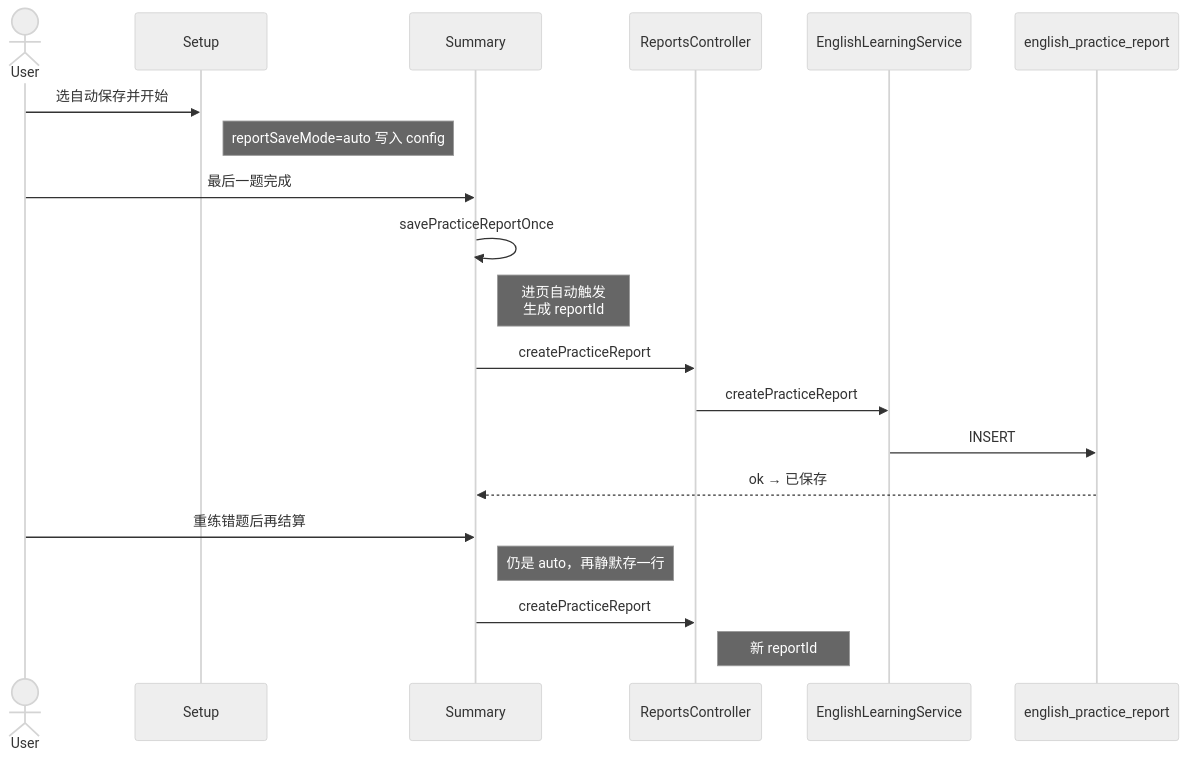
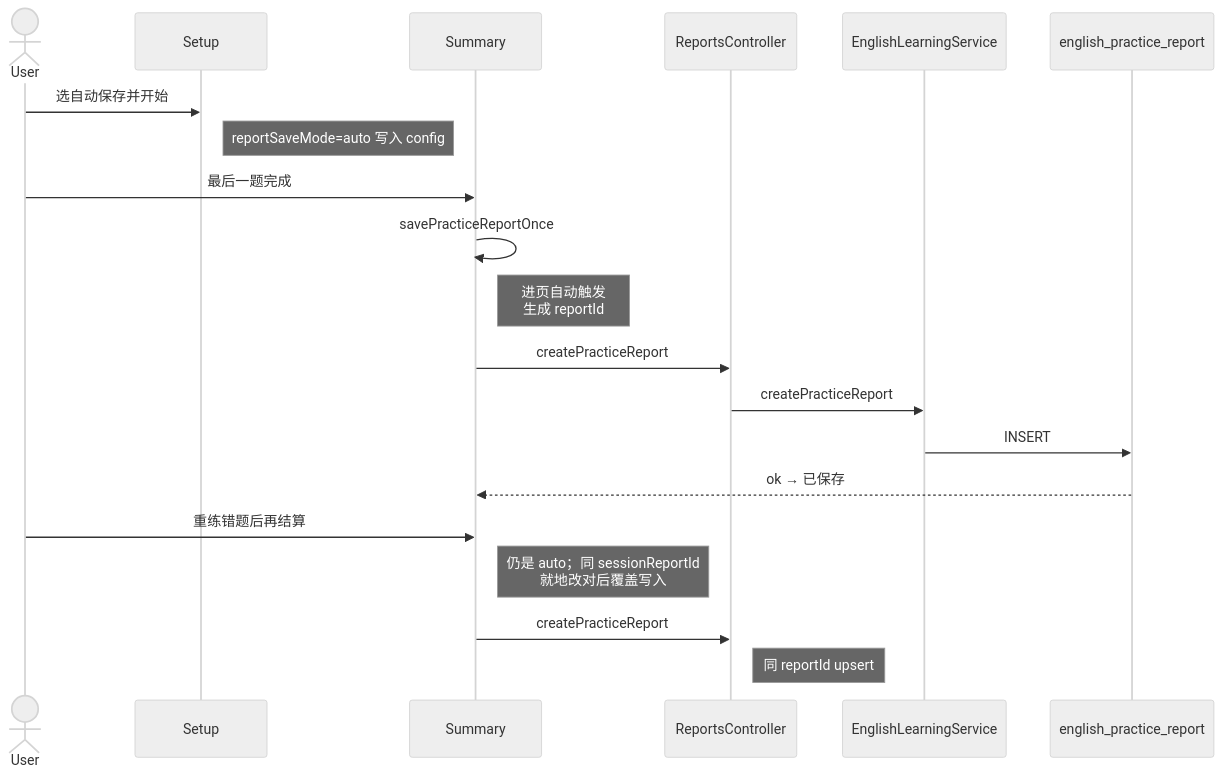
The third of 3 diagrams in wiki/ideas/english/练习报告存档.md (dnhyxc/remote-docs), drawn with Mermaid (neutral theme) before and after one commit. The commit also changed other lines of this file and 38 other files, not shown here.

````diff
--- a/wiki/ideas/english/练习报告存档.md
+++ b/wiki/ideas/english/练习报告存档.md
@@ -200,23 +203,23 @@
 ```mermaid
 sequenceDiagram
   actor User
   participant Setup
   participant Summary
   participant API as ReportsController
   participant Svc as EnglishLearningService
   participant DB as english_practice_report
 
   User->>Setup: 选自动保存并开始
   Note right of Setup: reportSaveMode=auto 写入 config
   User->>Summary: 最后一题完成
   Summary->>Summary: savePracticeReportOnce
   Note right of Summary: 进页自动触发<br/>生成 reportId
   Summary->>API: createPracticeReport
   API->>Svc: createPracticeReport
   Svc->>DB: INSERT
   DB-->>Summary: ok → 已保存
   User->>Summary: 重练错题后再结算
-  Note right of Summary: 仍是 auto，再静默存一行
+  Note right of Summary: 仍是 auto；同 sessionReportId<br/>就地改对后覆盖写入
   Summary->>API: createPracticeReport
-  Note right of API: 新 reportId
+  Note right of API: 同 reportId upsert
 ```
````
